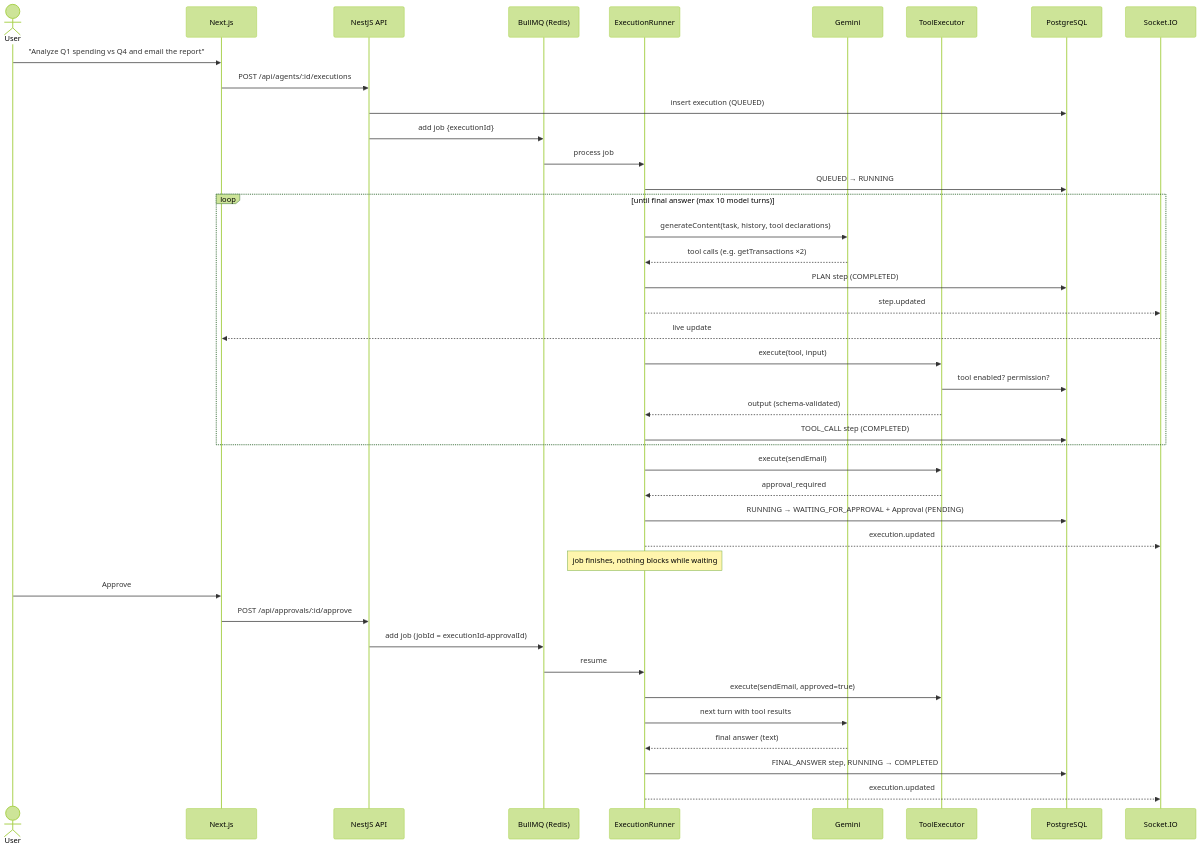
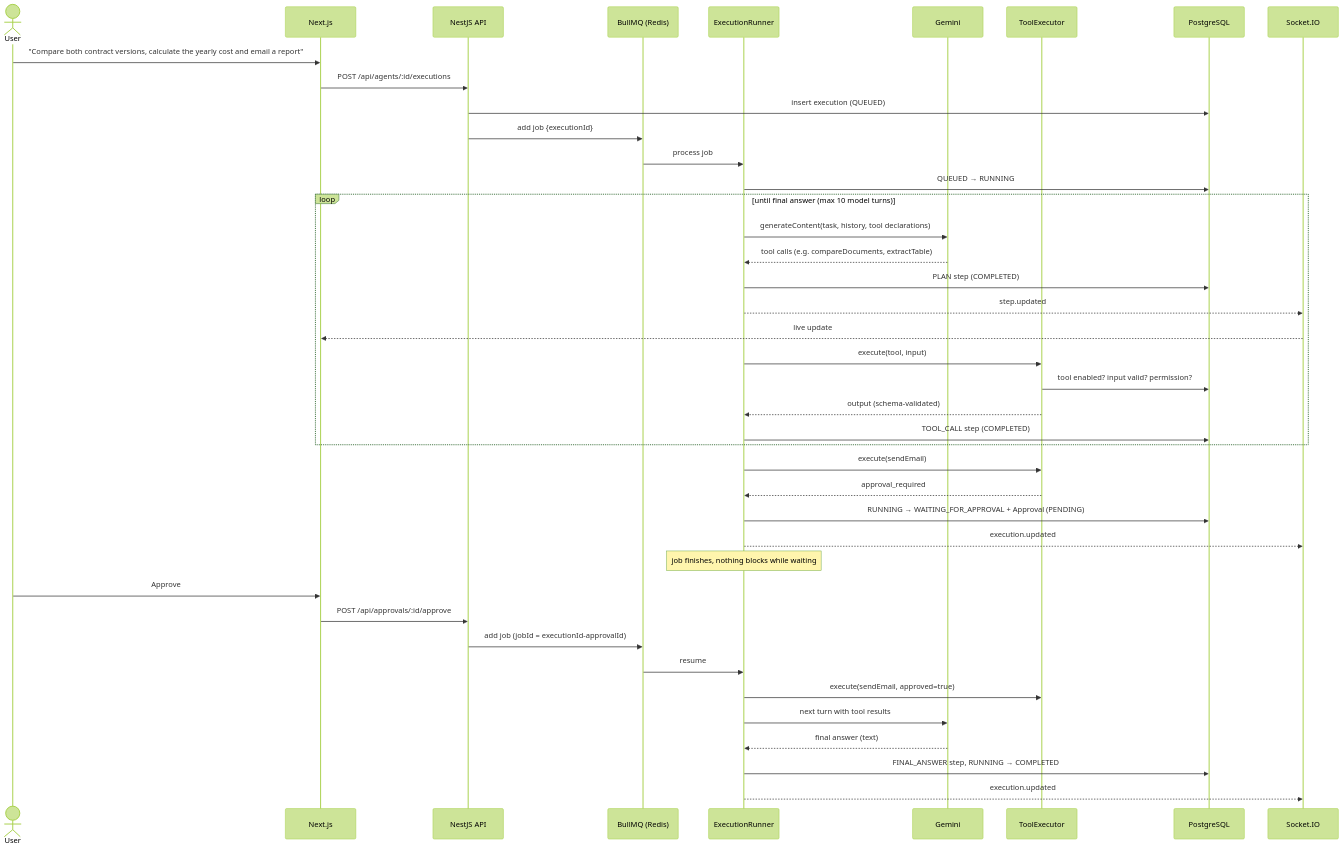
Before and after one commit to MaksZiem/ai-agents-platform: the second of 3 diagrams in portfolio/PORTFOLIO.en.md, drawn with Mermaid (forest theme). The commit also changed other lines of this file and 2 other files, not shown here.

````diff
--- a/portfolio/PORTFOLIO.en.md
+++ b/portfolio/PORTFOLIO.en.md
@@ -134,44 +148,44 @@
 ```mermaid
 sequenceDiagram
   actor U as User
   participant FE as Next.js
   participant API as NestJS API
   participant Q as BullMQ (Redis)
   participant W as ExecutionRunner
   participant G as Gemini
   participant T as ToolExecutor
   participant DB as PostgreSQL
   participant S as Socket.IO
 
-  U->>FE: "Analyze Q1 spending vs Q4 and email the report"
+  U->>FE: "Compare both contract versions, calculate the yearly cost and email a report"
   FE->>API: POST /api/agents/:id/executions
   API->>DB: insert execution (QUEUED)
   API->>Q: add job {executionId}
   Q->>W: process job
   W->>DB: QUEUED → RUNNING
   loop until final answer (max 10 model turns)
     W->>G: generateContent(task, history, tool declarations)
-    G-->>W: tool calls (e.g. getTransactions ×2)
+    G-->>W: tool calls (e.g. compareDocuments, extractTable)
     W->>DB: PLAN step (COMPLETED)
     W-->>S: step.updated
     S-->>FE: live update
     W->>T: execute(tool, input)
-    T->>DB: tool enabled? permission? 
+    T->>DB: tool enabled? input valid? permission?
     T-->>W: output (schema-validated)
     W->>DB: TOOL_CALL step (COMPLETED)
   end
   W->>T: execute(sendEmail)
   T-->>W: approval_required
   W->>DB: RUNNING → WAITING_FOR_APPROVAL + Approval (PENDING)
   W-->>S: execution.updated
   Note over W: job finishes, nothing blocks while waiting
   U->>FE: Approve
   FE->>API: POST /api/approvals/:id/approve
   API->>Q: add job (jobId = executionId-approvalId)
   Q->>W: resume
   W->>T: execute(sendEmail, approved=true)
   W->>G: next turn with tool results
   G-->>W: final answer (text)
   W->>DB: FINAL_ANSWER step, RUNNING → COMPLETED
   W-->>S: execution.updated
 ```
````
